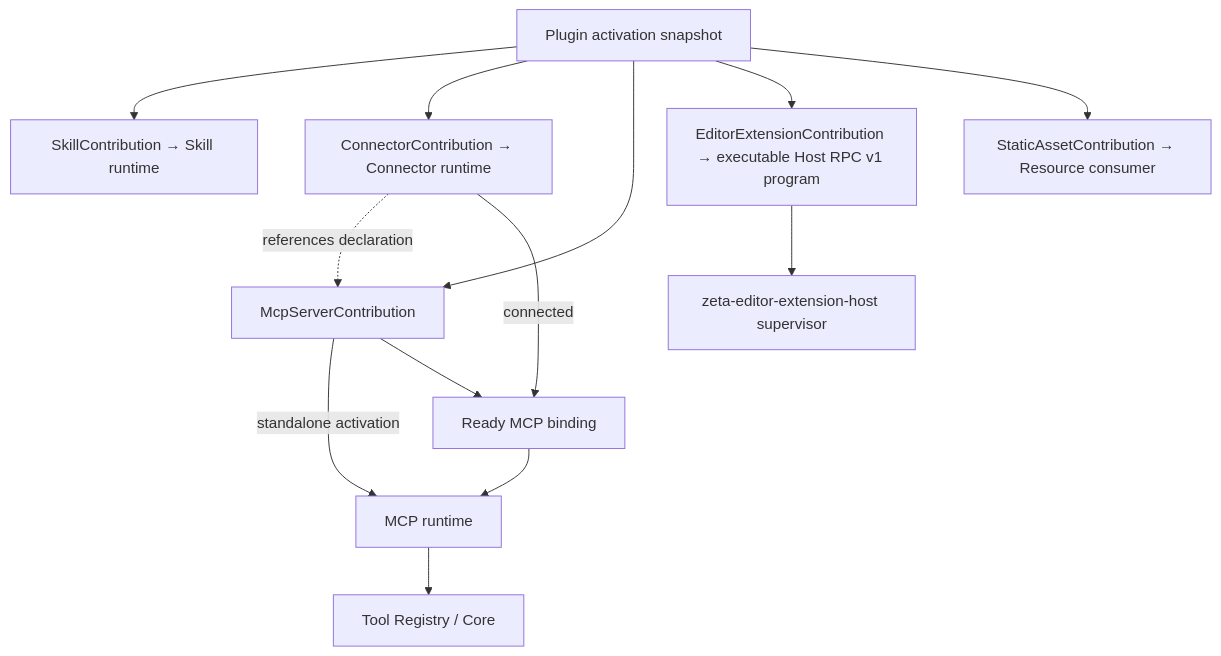
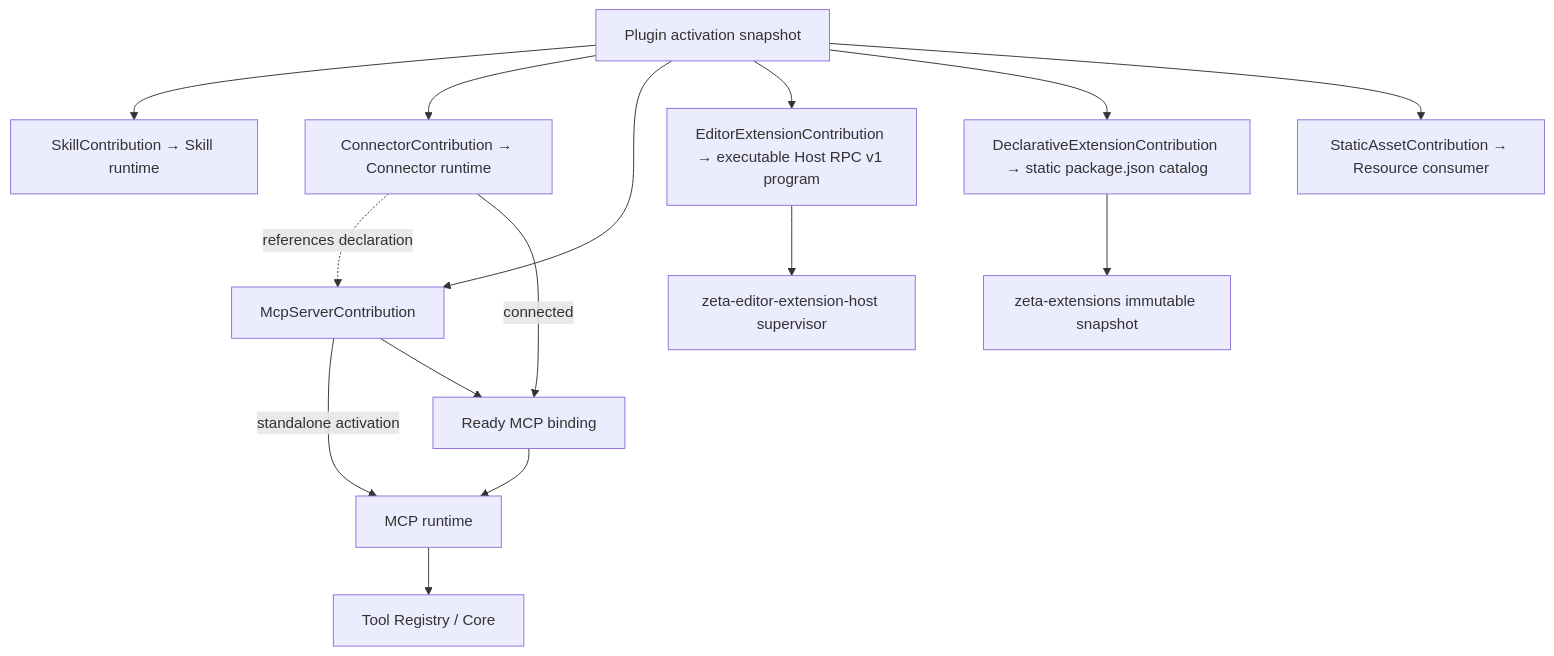
Before and after one commit to chogng/zeta: the diagram in docs/plugins.md, drawn with Mermaid. The commit also changed other lines of this file and 33 other files, not shown here.

First line of the commit message:
feat(plugins): distribute declarative editor extensions

````diff
--- a/docs/plugins.md
+++ b/docs/plugins.md
@@ -55,15 +55,17 @@
 ```mermaid
 flowchart TD
     P["Plugin activation snapshot"] --> S["SkillContribution → Skill runtime"]
     P --> C["ConnectorContribution → Connector runtime"]
     P --> M["McpServerContribution"]
     P --> E["EditorExtensionContribution → executable Host RPC v1 program"]
+    P --> D["DeclarativeExtensionContribution → static package.json catalog"]
     P --> A["StaticAssetContribution → Resource consumer"]
     C -. "references declaration" .-> M
     C -->|"connected"| B["Ready MCP binding"]
     M -->|"standalone activation"| R["MCP runtime"]
     M --> B
     E --> H["zeta-editor-extension-host supervisor"]
+    D --> X["zeta-extensions immutable snapshot"]
     B --> R
     R --> T["Tool Registry / Core"]
 ```
````
